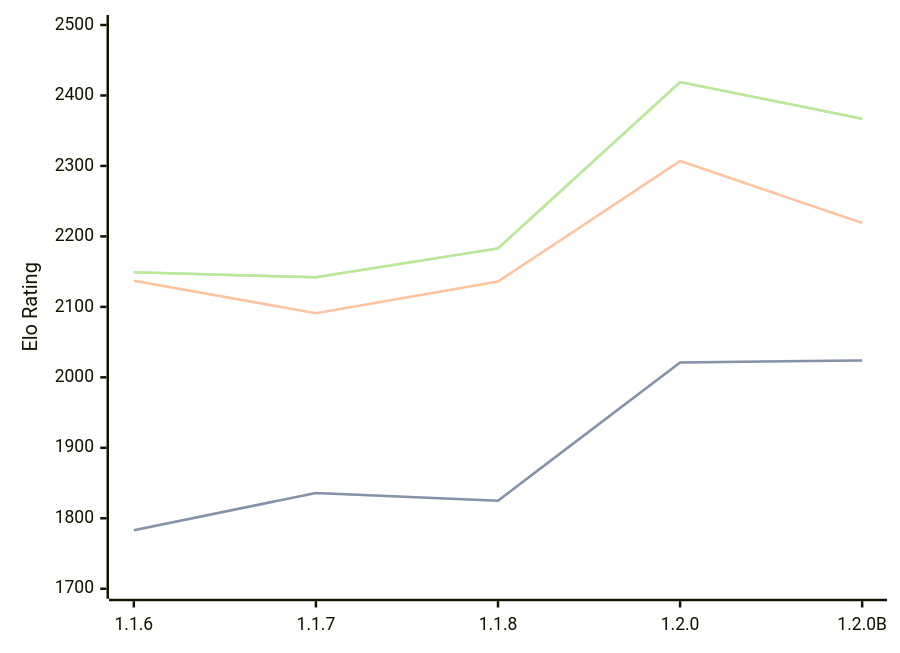
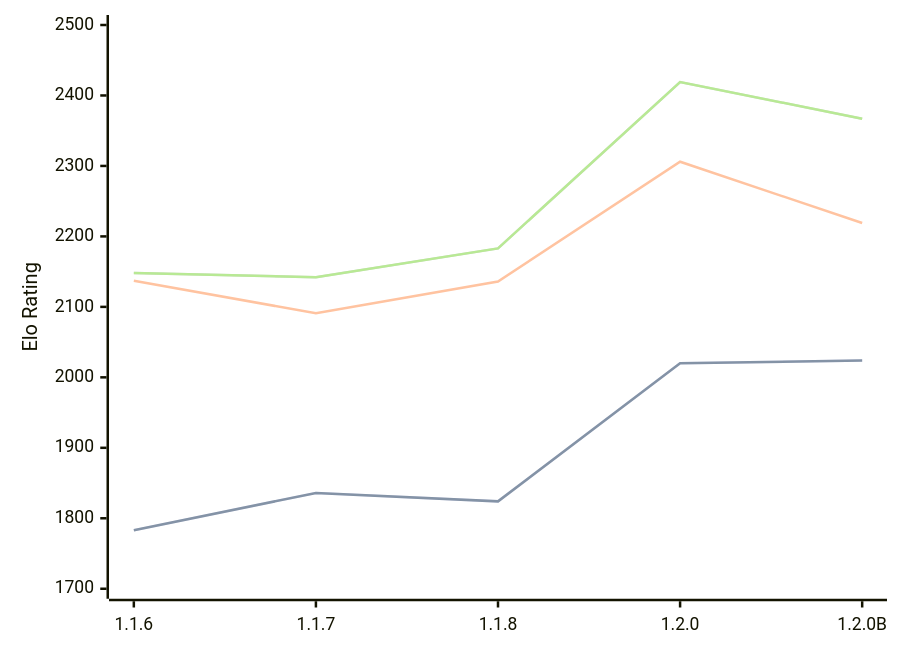
The diagram in engines/Soomi.md (computer-chess-index/cci), drawn with Mermaid before and after one commit. The commit also changed other lines of this file, not shown here.

Commit message:
Update CCI Ratings (ELO VLTC) - 2026-07-27

````diff
--- a/engines/Soomi.md
+++ b/engines/Soomi.md
@@ -35,11 +35,11 @@
 ```mermaid
 %%{init: {"theme":"base","themeVariables":{"seriesColors:['#a3a3a3','#222221','#faa371']}}}%%
 xychart-beta
   x-axis ["1.1.6", "1.1.7", "1.1.8", "1.2.0", "1.2.0B"]
   y-axis "Elo Rating" 1700 --> 2500
-  line "STC (8.0+0.08s)" [1783, 1836, 1825, 2021, 2024]
-  line "STC (8.0+0.08s)" [1783, 1836, 1825, 2021, 2024]
-  line "LTC (60.0+0.60s)" [2137, 2091, 2136, 2307, 2219]
-  line "VLTC (2m24s+1.12s)" [2149, 2142, 2183, 2419, 2367]
-  line "VLTC (2m24s+1.12s)" [2149, 2142, 2183, 2419, 2367]
+  line "STC (8.0+0.08s)" [1783, 1836, 1824, 2020, 2024]
+  line "STC (8.0+0.08s)" [1783, 1836, 1824, 2020, 2024]
+  line "LTC (60.0+0.60s)" [2137, 2091, 2136, 2306, 2219]
+  line "VLTC (2m24s+1.12s)" [2148, 2142, 2183, 2419, 2367]
+  line "VLTC (2m24s+1.12s)" [2148, 2142, 2183, 2419, 2367]
 ```
````
